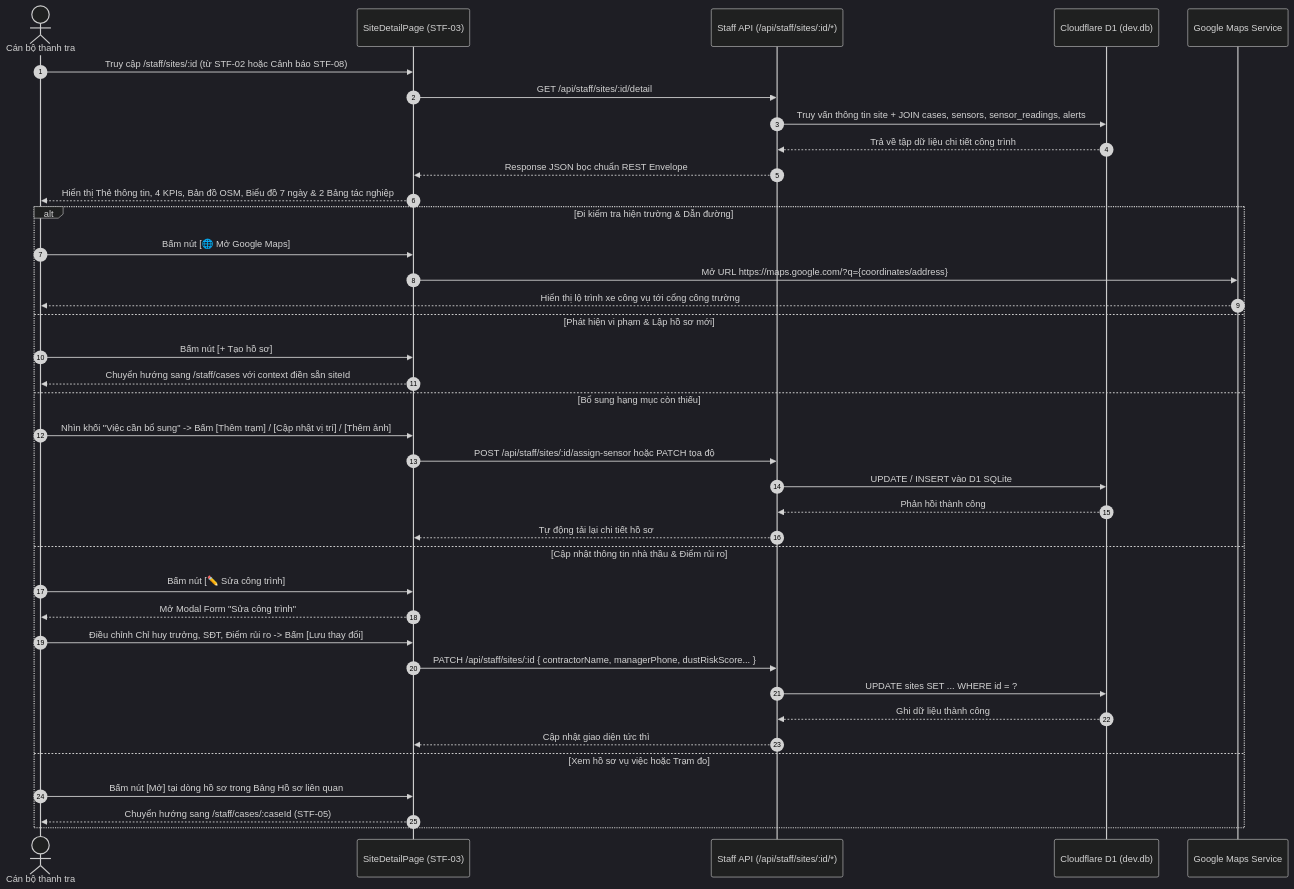
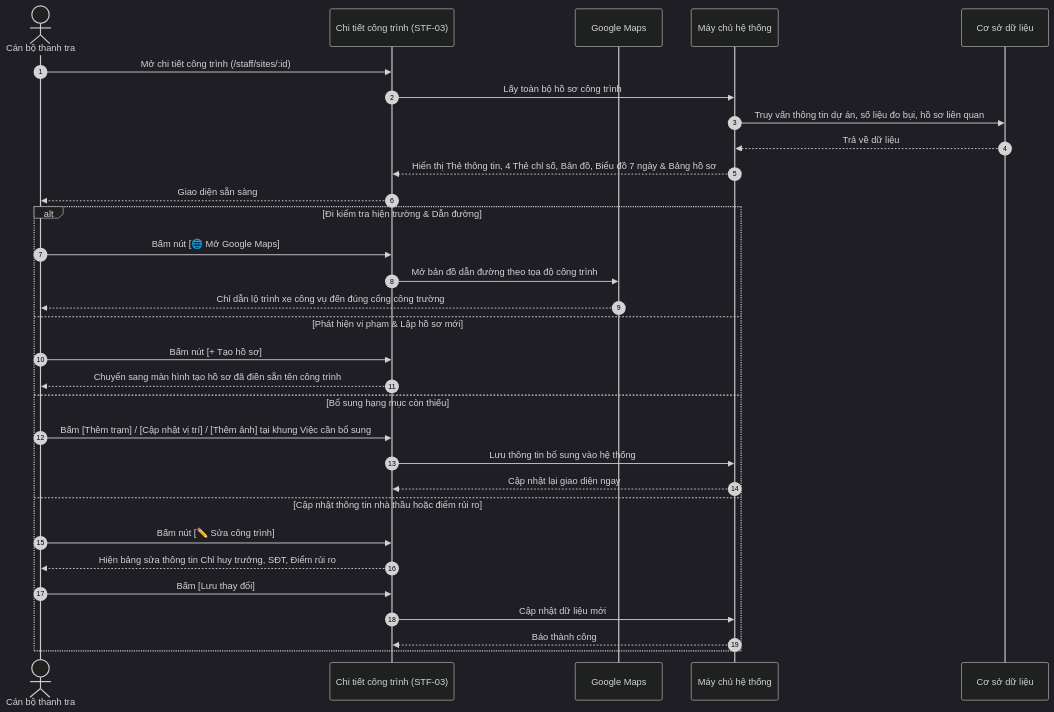
One commit to 26730023-PhamPhuNguyenHung/unicef-dustguard changed the diagram in docs/product/screens/STAFF-03-site-detail.md. Above: the diagram before and after it, drawn with Mermaid (dark theme). The commit also changed other lines of this file and 30 other files, not shown here.

````diff
--- a/docs/product/screens/STAFF-03-site-detail.md
+++ b/docs/product/screens/STAFF-03-site-detail.md
@@ -67,42 +54,35 @@
 ```mermaid
 sequenceDiagram
     autonumber
-    actor Staff as Cán bộ thanh tra
-    participant UI as SiteDetailPage (STF-03)
-    participant API as Staff API (/api/staff/sites/:id/*)
-    participant D1 as Cloudflare D1 (dev.db)
-    participant Maps as Google Maps Service
+    actor CB as Cán bộ thanh tra
+    participant MH as Chi tiết công trình (STF-03)
+    participant Maps as Google Maps
+    participant HT as Máy chủ hệ thống
+    participant CSDL as Cơ sở dữ liệu
 
-    Staff->>UI: Truy cập /staff/sites/:id (từ STF-02 hoặc Cảnh báo STF-08)
-    UI->>API: GET /api/staff/sites/:id/detail
-    API->>D1: Truy vấn thông tin site + JOIN cases, sensors, sensor_readings, alerts
-    D1-->>API: Trả về tập dữ liệu chi tiết công trình
-    API-->>UI: Response JSON bọc chuẩn REST Envelope
-    UI-->>Staff: Hiển thị Thẻ thông tin, 4 KPIs, Bản đồ OSM, Biểu đồ 7 ngày & 2 Bảng tác nghiệp
+    CB->>MH: Mở chi tiết công trình (/staff/sites/:id)
+    MH->>HT: Lấy toàn bộ hồ sơ công trình
+    HT->>CSDL: Truy vấn thông tin dự án, số liệu đo bụi, hồ sơ liên quan
+    CSDL-->>HT: Trả về dữ liệu
+    HT-->>MH: Hiển thị Thẻ thông tin, 4 Thẻ chỉ số, Bản đồ, Biểu đồ 7 ngày & Bảng hồ sơ
+    MH-->>CB: Giao diện sẵn sàng
 
     alt Đi kiểm tra hiện trường & Dẫn đường
-        Staff->>UI: Bấm nút [🌐 Mở Google Maps]
-        UI->>Maps: Mở URL https://maps.google.com/?q={coordinates/address}
-        Maps-->>Staff: Hiển thị lộ trình xe công vụ tới cổng công trường
+        CB->>MH: Bấm nút [🌐 Mở Google Maps]
+        MH->>Maps: Mở bản đồ dẫn đường theo tọa độ công trình
+        Maps-->>CB: Chỉ dẫn lộ trình xe công vụ đến đúng cổng công trường
     else Phát hiện vi phạm & Lập hồ sơ mới
-        Staff->>UI: Bấm nút [+ Tạo hồ sơ]
-        UI-->>Staff: Chuyển hướng sang /staff/cases với context điền sẵn siteId
+        CB->>MH: Bấm nút [+ Tạo hồ sơ]
+        MH-->>CB: Chuyển sang màn hình tạo hồ sơ đã điền sẵn tên công trình
     else Bổ sung hạng mục còn thiếu
-        Staff->>UI: Nhìn khối "Việc cần bổ sung" -> Bấm [Thêm trạm] / [Cập nhật vị trí] / [Thêm ảnh]
-        UI->>API: POST /api/staff/sites/:id/assign-sensor hoặc PATCH tọa độ
-        API->>D1: UPDATE / INSERT vào D1 SQLite
-        D1-->>API: Phản hồi thành công
-        API-->>UI: Tự động tải lại chi tiết hồ sơ
-    else Cập nhật thông tin nhà thầu & Điểm rủi ro
-        Staff->>UI: Bấm nút [✏️ Sửa công trình]
-        UI-->>Staff: Mở Modal Form "Sửa công trình"
-        Staff->>UI: Điều chỉnh Chỉ huy trưởng, SĐT, Điểm rủi ro -> Bấm [Lưu thay đổi]
-        UI->>API: PATCH /api/staff/sites/:id { contractorName, managerPhone, dustRiskScore... }
-        API->>D1: UPDATE sites SET ... WHERE id = ?
-        D1-->>API: Ghi dữ liệu thành công
-        API-->>UI: Cập nhật giao diện tức thì
-    else Xem hồ sơ vụ việc hoặc Trạm đo
-        Staff->>UI: Bấm nút [Mở] tại dòng hồ sơ trong Bảng Hồ sơ liên quan
-        UI-->>Staff: Chuyển hướng sang /staff/cases/:caseId (STF-05)
+        CB->>MH: Bấm [Thêm trạm] / [Cập nhật vị trí] / [Thêm ảnh] tại khung Việc cần bổ sung
+        MH->>HT: Lưu thông tin bổ sung vào hệ thống
+        HT-->>MH: Cập nhật lại giao diện ngay
+    else Cập nhật thông tin nhà thầu hoặc điểm rủi ro
+        CB->>MH: Bấm nút [✏️ Sửa công trình]
+        MH-->>CB: Hiện bảng sửa thông tin Chỉ huy trưởng, SĐT, Điểm rủi ro
+        CB->>MH: Bấm [Lưu thay đổi]
+        MH->>HT: Cập nhật dữ liệu mới
+        HT-->>MH: Báo thành công
     end
 ```
````
